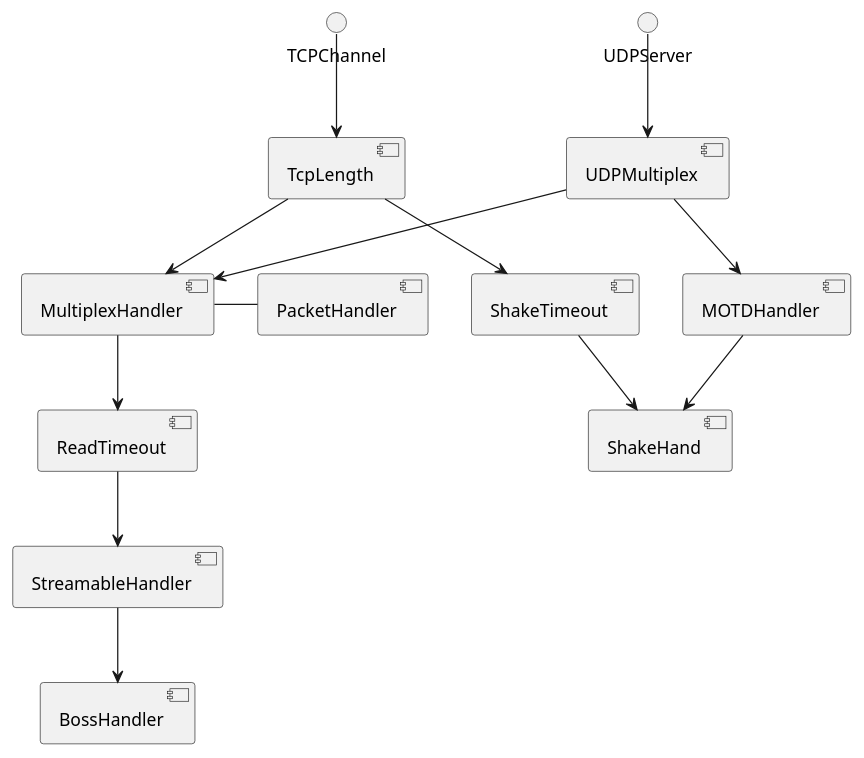
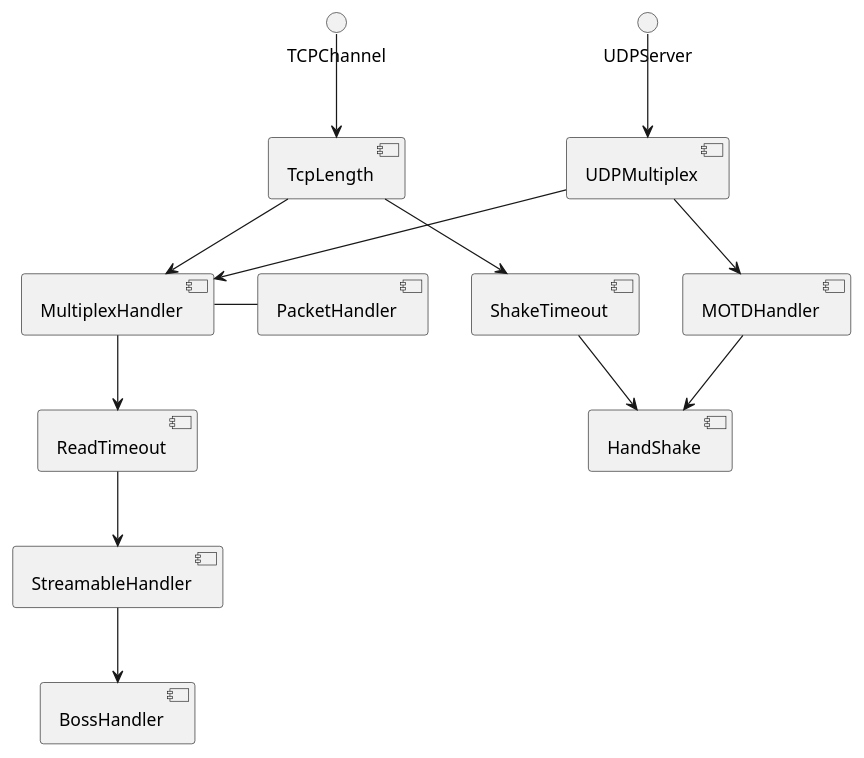
One commit to way-zer/ScriptAgentStandalone changed the diagram in scripts/mindustryProxy/lib/protocol/flow.puml. Above: the diagram before and after it, drawn with PlantUML. The commit also changed 27 other files, not shown here.

```diff
--- a/scripts/mindustryProxy/lib/protocol/flow.puml
+++ b/scripts/mindustryProxy/lib/protocol/flow.puml
@@ -1,19 +1,19 @@
 @startuml
 'https://plantuml.com/component-diagram
 
 TCPChannel --> [TcpLength]
 [TcpLength] --> [ShakeTimeout]
-[ShakeTimeout] --> [ShakeHand]
+[ShakeTimeout] --> [HandShake]
 
 UDPServer --> [UDPMultiplex]
 [UDPMultiplex] --> [MOTDHandler]
-[MOTDHandler] --> [ShakeHand]
+[MOTDHandler] --> [HandShake]
 
 [TcpLength] --> [MultiplexHandler]
 [UDPMultiplex] --> [MultiplexHandler]
 
 [MultiplexHandler] - [PacketHandler]
 [MultiplexHandler] --> [ReadTimeout]
 [ReadTimeout] --> [StreamableHandler]
 [StreamableHandler] --> [BossHandler]
 @enduml
```
